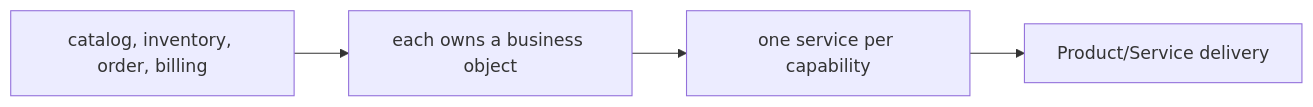
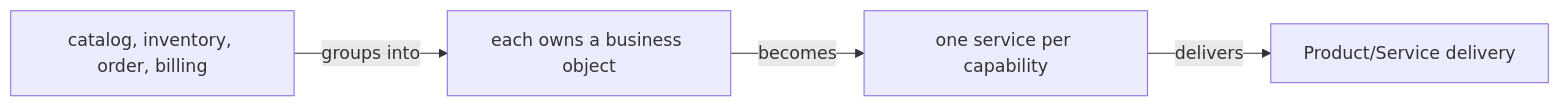
One commit to vinayakuber/microservices-io-study-guide changed the tenth of 13 diagrams in docs/ch03-decompose-by-business-capability.md. Above: the diagram before and after it, drawn with Mermaid. The commit also changed other lines of this file and 71 other files, not shown here.

First line of the commit message:
R18: label every diagram arrow with its meaning

````diff
--- a/docs/ch03-decompose-by-business-capability.md
+++ b/docs/ch03-decompose-by-business-capability.md
@@ -347,6 +347,6 @@
 ```mermaid
 flowchart LR
-  CAP["catalog, inventory, order, billing"] --> OBJ["each owns a business object"]
-  OBJ --> SVC["one service per capability"]
-  SVC --> H["Product/Service delivery"]
+  CAP["catalog, inventory, order, billing"] -->|"groups into"| OBJ["each owns a business object"]
+  OBJ -->|"becomes"| SVC["one service per capability"]
+  SVC -->|"delivers"| H["Product/Service delivery"]
 ```
````
